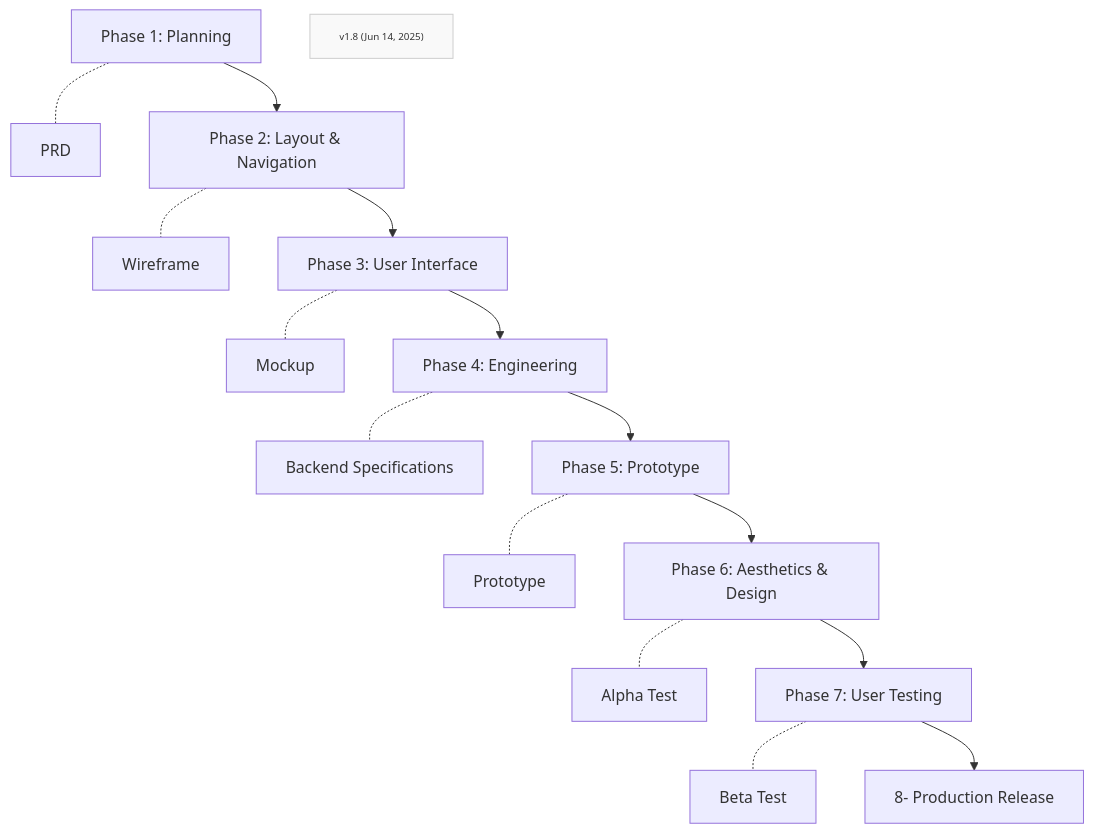
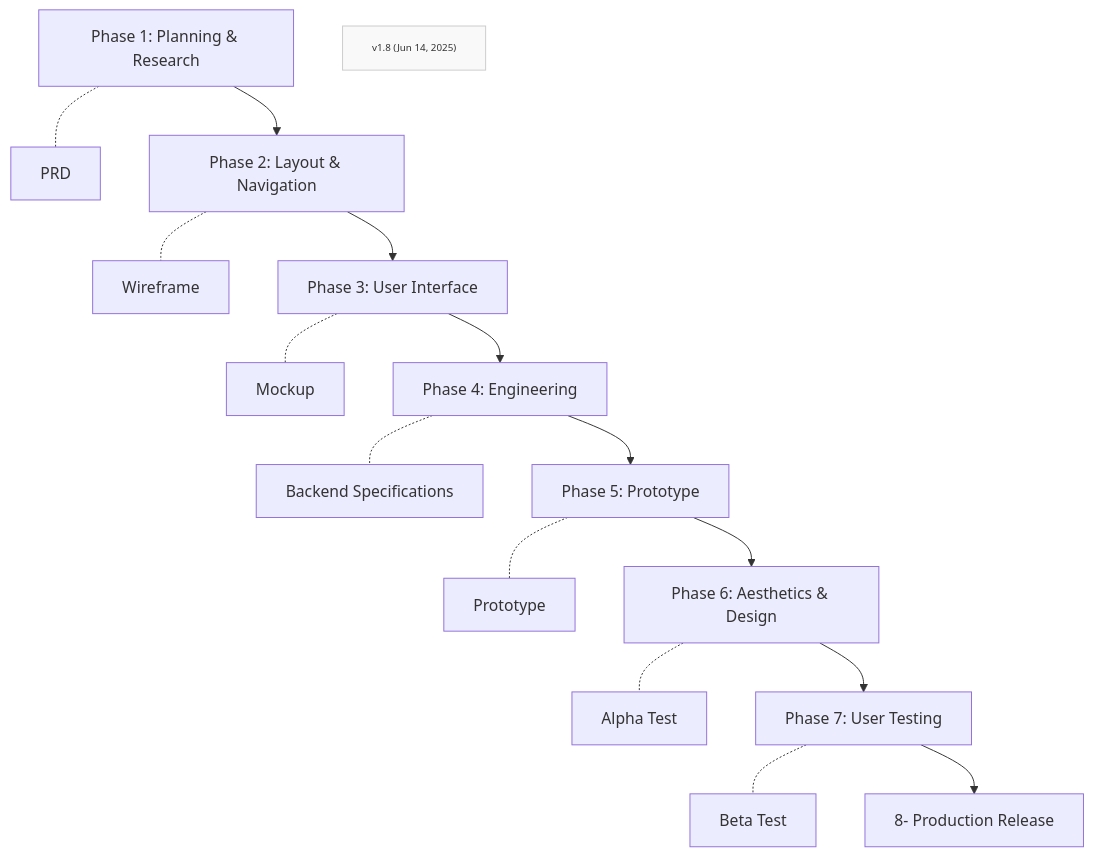
One commit to Mharbulous/Front-First-Method changed the first of 2 diagrams in Phases/FF-overview.md. Above: the diagram before and after it, drawn with Mermaid.

````diff
--- a/Phases/FF-overview.md
+++ b/Phases/FF-overview.md
@@ -1,27 +1,27 @@
 ```mermaid
 graph TD
     
-    Phase1["Phase 1: Planning"] -.- PRD["PRD"]
+    Phase1["Phase 1: Planning & Research"] -.- PRD["PRD"]
     Phase1 --> Phase2["Phase 2: Layout & Navigation"]
     Phase2 -.- Wireframe["Wireframe"]
     Phase2 --> Phase3["Phase 3: User Interface"]
     Phase3 -.- Mockup["Mockup"]
     Phase3 --> Phase4["Phase 4: Engineering"]
     Phase4 -.- Specs["Backend Specifications"]
     Phase4 --> Phase5["Phase 5: Prototype"]
     Phase5 -.- Prototype["Prototype"]
     Phase5 --> Phase6["Phase 6: Aesthetics & Design"]    
     
     Phase6 -.- Alpha["Alpha Test"]
 
     Phase6 --> Phase7["Phase 7: User Testing"]    
     Phase7 -.- Beta["Beta Test"]  
     Phase7 --> Production["8- Production Release"]
 
     
     
 
     VersionInfo["v1.8 (Jun 14, 2025)"]
     classDef version fill:#f9f9f9,stroke:#ccc,font-size:10px;
     class VersionInfo version
 ```
````
